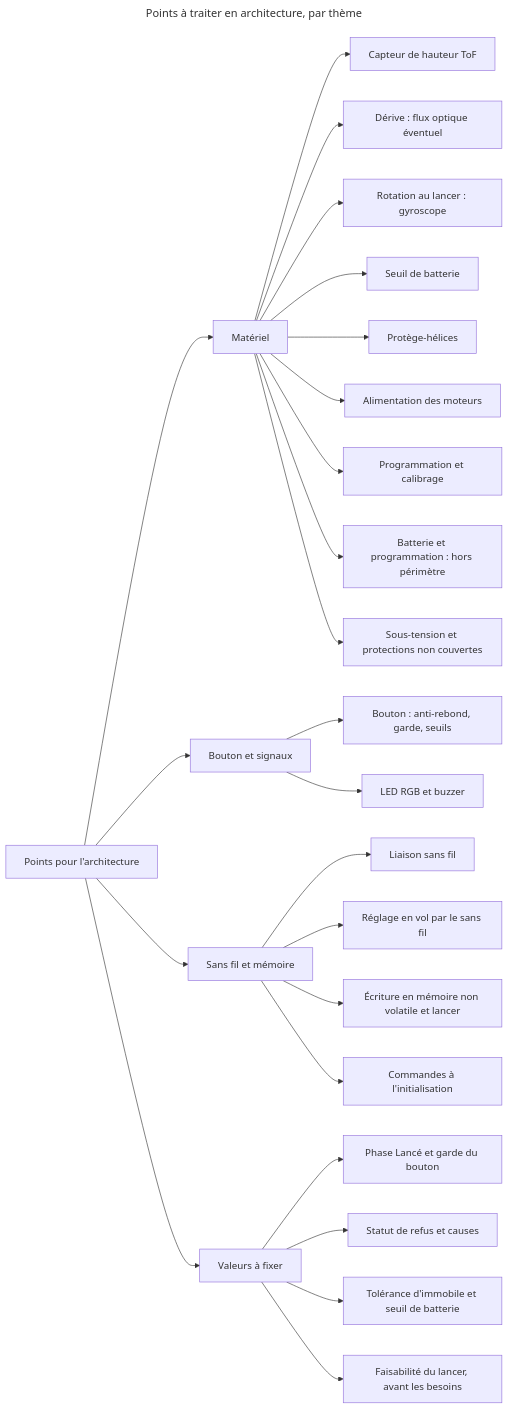
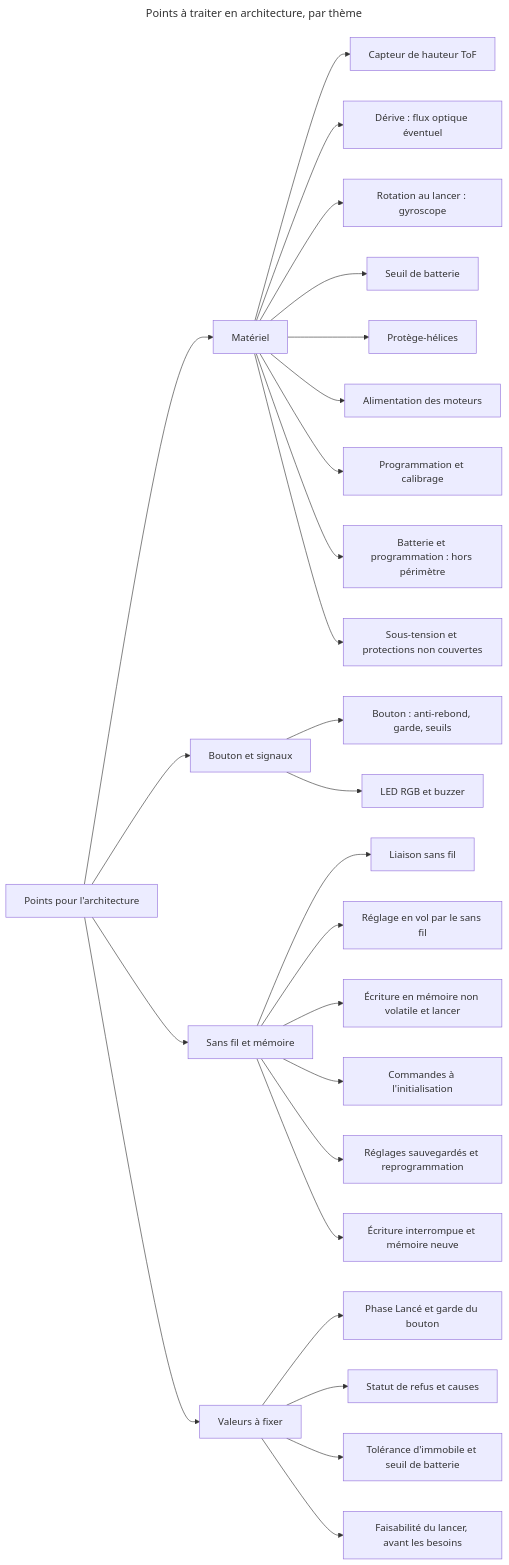
The diagram in projets/boomrone/notes-architecture.md (thourymatthieu-png/coworker_archi_system), drawn with Mermaid before and after one commit. The commit also changed other lines of this file and 6 other files, not shown here.

````diff
--- a/projets/boomrone/notes-architecture.md
+++ b/projets/boomrone/notes-architecture.md
@@ -5,29 +5,31 @@
 ```mermaid
 ---
 title: "Points à traiter en architecture, par thème"
 ---
 flowchart LR
     N["Points pour l'architecture"] --> M["Matériel"]
     N --> B["Bouton et signaux"]
     N --> S["Sans fil et mémoire"]
     N --> V["Valeurs à fixer"]
     M --> M1["Capteur de hauteur ToF"]
     M --> M2["Dérive : flux optique éventuel"]
     M --> M3["Rotation au lancer : gyroscope"]
     M --> M4["Seuil de batterie"]
     M --> M5["Protège-hélices"]
     M --> M6["Alimentation des moteurs"]
     M --> M7["Programmation et calibrage"]
     M --> M8["Batterie et programmation : hors périmètre"]
     M --> M9["Sous-tension et protections non couvertes"]
     B --> B1["Bouton : anti-rebond, garde, seuils"]
     B --> B2["LED RGB et buzzer"]
     S --> S1["Liaison sans fil"]
     S --> S2["Réglage en vol par le sans fil"]
     S --> S3["Écriture en mémoire non volatile et lancer"]
     S --> S4["Commandes à l'initialisation"]
+    S --> S5["Réglages sauvegardés et reprogrammation"]
+    S --> S6["Écriture interrompue et mémoire neuve"]
     V --> V1["Phase Lancé et garde du bouton"]
     V --> V2["Statut de refus et causes"]
     V --> V3["Tolérance d'immobile et seuil de batterie"]
     V --> V4["Faisabilité du lancer, avant les besoins"]
 ```
````
